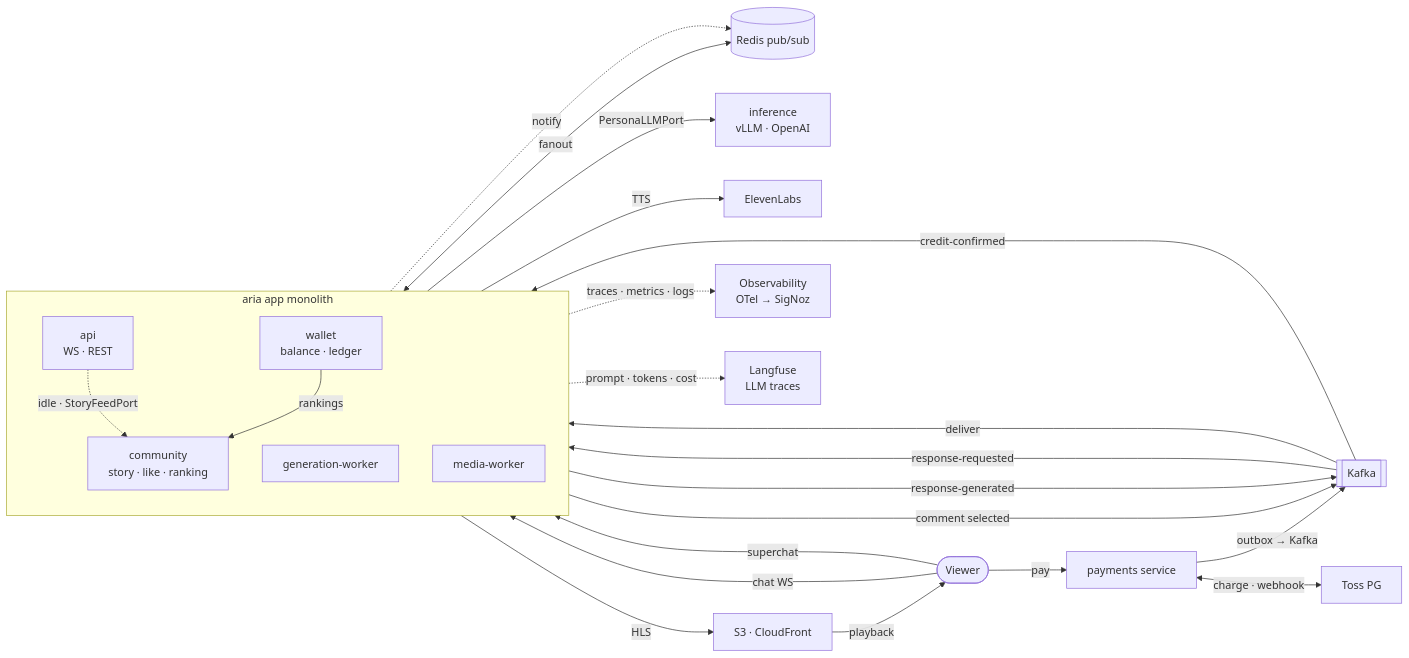
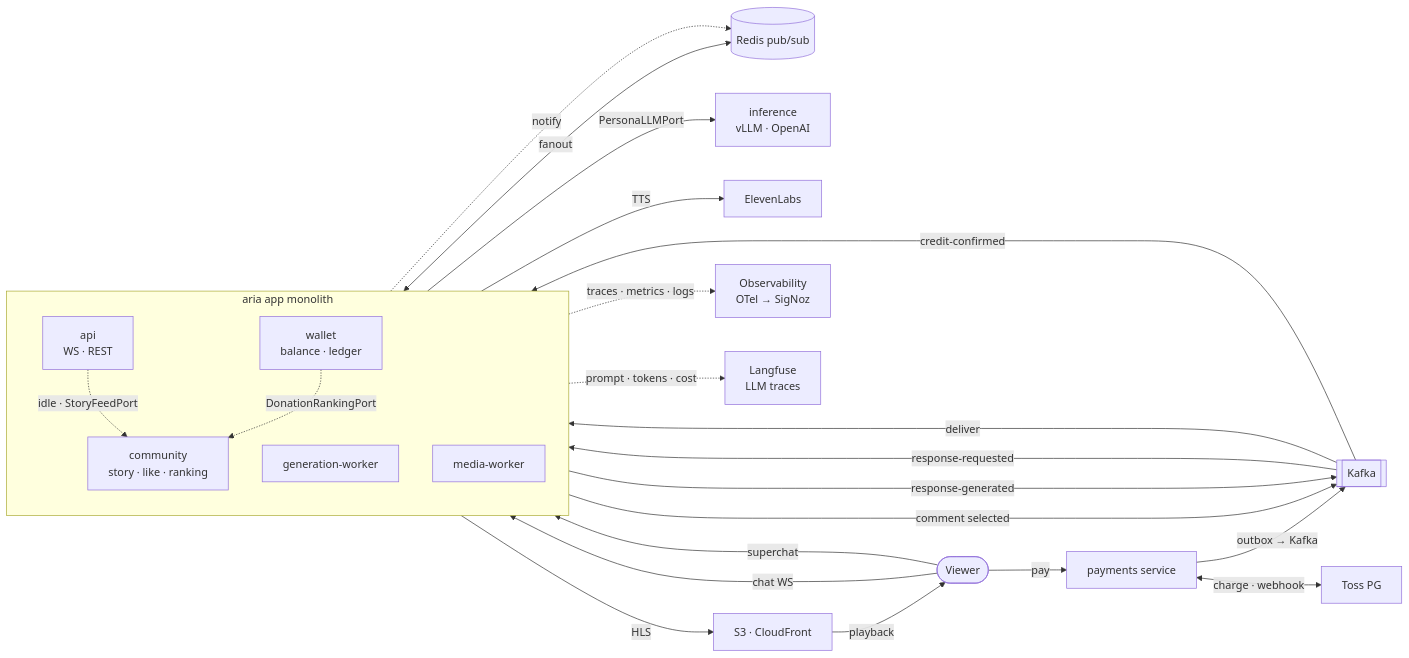
One commit to iPad7/project-aria changed the diagram in docs/architecture.md. Above: the diagram before and after it, drawn with Mermaid. The commit also changed other lines of this file and 25 other files, not shown here.

````diff
--- a/docs/architecture.md
+++ b/docs/architecture.md
@@ -7,44 +7,44 @@
 ```mermaid
 flowchart LR
   viewer([Viewer])
 
   subgraph aria[aria app monolith]
     direction TB
     api[api<br/>WS · REST]
     gen[generation-worker]
     media[media-worker]
     wallet[wallet<br/>balance · ledger]
     community[community<br/>story · like · ranking]
   end
 
   kafka[[Kafka]]
   redis[(Redis pub/sub)]
   inf[inference<br/>vLLM · OpenAI]
   tts[ElevenLabs]
   cdn[S3 · CloudFront]
   payments[payments service]
   toss[Toss PG]
   obs[Observability<br/>OTel → SigNoz]
   langfuse[Langfuse<br/>LLM traces]
 
   viewer -->|chat WS| api
   api -->|comment selected| kafka
   kafka -->|response-requested| gen
   gen -->|PersonaLLMPort| inf
   gen -->|response-generated| kafka
   kafka -->|deliver| media
   media -->|TTS| tts
   media -->|HLS| cdn
   cdn -->|playback| viewer
   api <-->|fanout| redis
   media -.->|notify| redis
   api -.->|idle · StoryFeedPort| community
   viewer -->|superchat| wallet
-  wallet -->|rankings| community
+  wallet -.->|DonationRankingPort| community
   viewer -->|pay| payments
   payments <-->|charge · webhook| toss
   payments -->|outbox → Kafka| kafka
   kafka -->|credit-confirmed| wallet
   aria -.->|traces · metrics · logs| obs
   gen -.->|prompt · tokens · cost| langfuse
 ```
````
